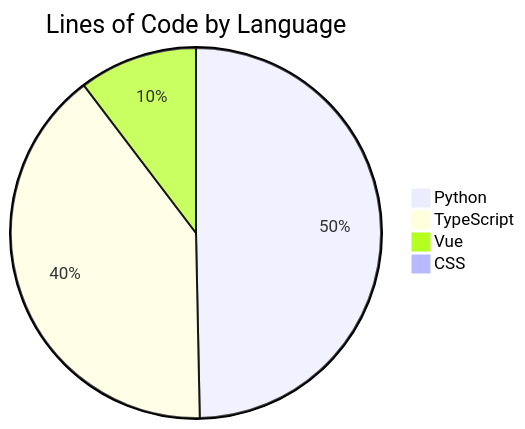
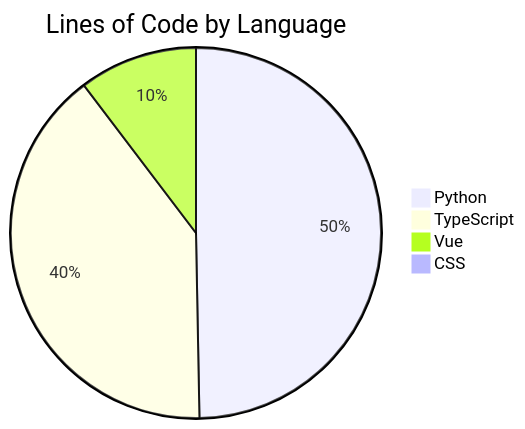
The diagram in README.md (ISW-stack/AI3L-Community), drawn with Mermaid before and after one commit. The commit also changed other lines of this file and 1 other file, not shown here.

````diff
--- a/README.md
+++ b/README.md
@@ -368,7 +368,7 @@
 ```mermaid
 pie title Lines of Code by Language
-    "Python" : 115613
-    "TypeScript" : 93066
+    "Python" : 115752
+    "TypeScript" : 93076
     "Vue" : 24065
     "CSS" : 134
 ```
````
